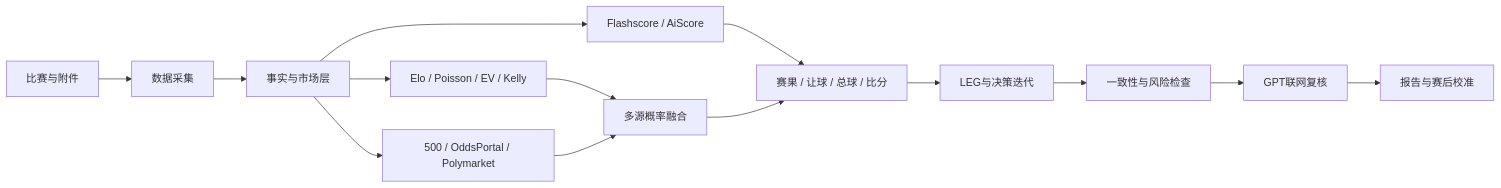
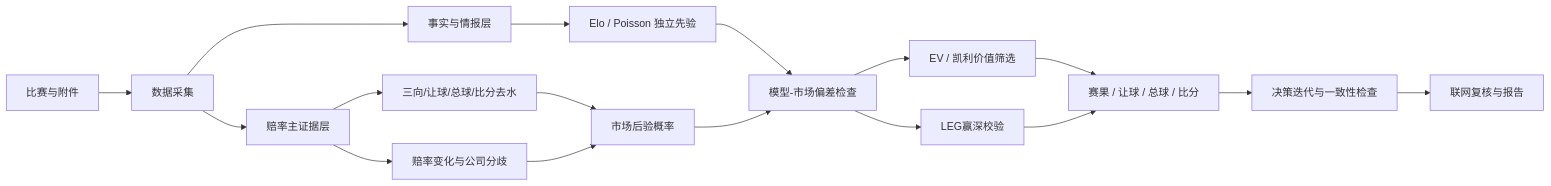
The diagram in README.md (tszming1021/football-analystv2), drawn with Mermaid before and after one commit. The commit also changed other lines of this file, not shown here.

Commit message:
Update README for odds-driven workflow

````diff
--- a/README.md
+++ b/README.md
@@ -50,16 +58,19 @@
 ```mermaid
 flowchart LR
     A["比赛与附件"] --> B["数据采集"]
-    B --> C["事实与市场层"]
-    C --> D["Elo / Poisson / EV / Kelly"]
-    C --> E["500 / OddsPortal / Polymarket"]
-    C --> L["Flashscore / AiScore"]
-    D --> F["多源概率融合"]
-    E --> F
-    L --> G
-    F --> G["赛果 / 让球 / 总球 / 比分"]
-    G --> H["LEG与决策迭代"]
-    H --> I["一致性与风险检查"]
-    I --> J["GPT联网复核"]
-    J --> K["报告与赛后校准"]
+    B --> C["赔率主证据层"]
+    B --> D["事实与情报层"]
+    C --> E["三向/让球/总球/比分去水"]
+    C --> F["赔率变化与公司分歧"]
+    D --> G["Elo / Poisson 独立先验"]
+    E --> H["市场后验概率"]
+    F --> H
+    G --> I["模型-市场偏差检查"]
+    H --> I
+    I --> J["EV / 凯利价值筛选"]
+    I --> K["LEG赢深校验"]
+    J --> L["赛果 / 让球 / 总球 / 比分"]
+    K --> L
+    L --> M["决策迭代与一致性检查"]
+    M --> N["联网复核与报告"]
 ```
````
